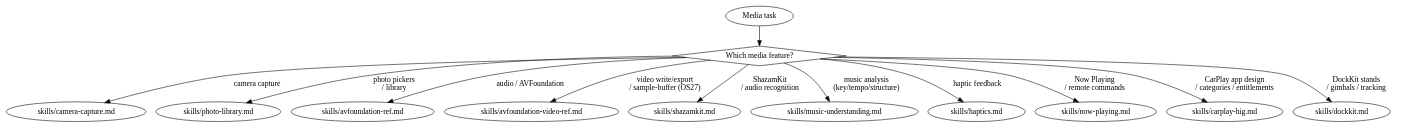
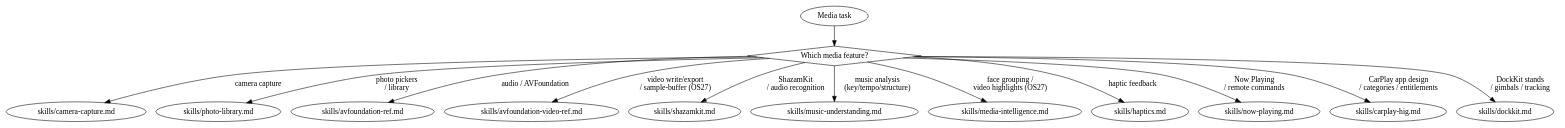
One commit to CharlesWiltgen/Axiom changed the diagram in .claude-plugin/plugins/axiom/skills/axiom-media/SKILL.md. Above: the diagram before and after it, drawn with Graphviz. The commit also changed other lines of this file and 8 other files, not shown here.

First line of the commit message:
feat(axiom-media,axiom-ai): fold MediaIntelligence + SuggestedActions (OS27)

````diff
--- a/.claude-plugin/plugins/axiom/skills/axiom-media/SKILL.md
+++ b/.claude-plugin/plugins/axiom/skills/axiom-media/SKILL.md
@@ -40,18 +41,19 @@
 ```dot
 digraph media {
     start [label="Media task" shape=ellipse];
     what [label="Which media feature?" shape=diamond];
 
     start -> what;
     what -> "skills/camera-capture.md" [label="camera capture"];
     what -> "skills/photo-library.md" [label="photo pickers\n/ library"];
     what -> "skills/avfoundation-ref.md" [label="audio / AVFoundation"];
     what -> "skills/avfoundation-video-ref.md" [label="video write/export\n/ sample-buffer (OS27)"];
     what -> "skills/shazamkit.md" [label="ShazamKit\n/ audio recognition"];
     what -> "skills/music-understanding.md" [label="music analysis\n(key/tempo/structure)"];
+    what -> "skills/media-intelligence.md" [label="face grouping /\nvideo highlights (OS27)"];
     what -> "skills/haptics.md" [label="haptic feedback"];
     what -> "skills/now-playing.md" [label="Now Playing\n/ remote commands"];
     what -> "skills/carplay-hig.md" [label="CarPlay app design\n/ categories / entitlements"];
     what -> "skills/dockkit.md" [label="DockKit stands\n/ gimbals / tracking"];
 }
 ```
````
